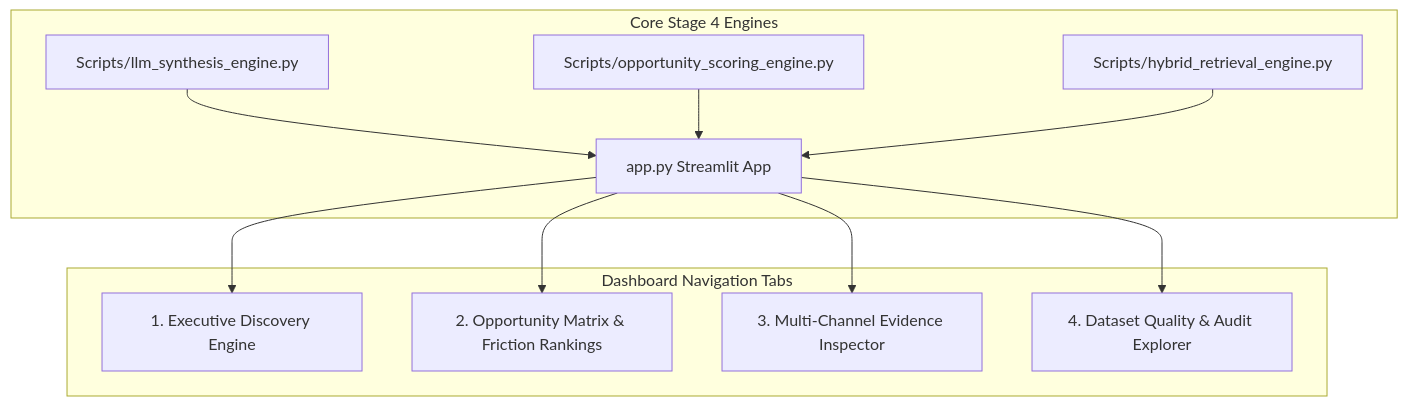
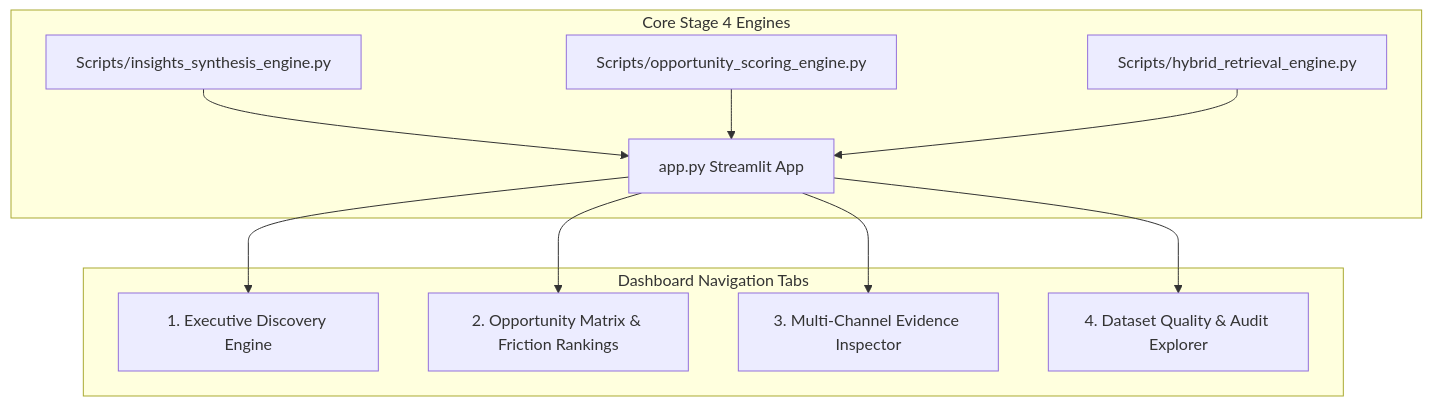
Before and after one commit to pallavi7693-sudo/myntra-ai-discovery-engine: the diagram in docs/Implementation_plan.md, drawn with Mermaid. The commit also changed 6 other files, not shown here.

Commit message:
Update UI subtext to AI-Powered Discovery of Wishlist-to-Purchase Friction and sync synthesis engine

````diff
--- a/docs/Implementation_plan.md
+++ b/docs/Implementation_plan.md
@@ -21,15 +21,15 @@
 ```mermaid
 flowchart TD
     subgraph Core Stage 4 Engines
-        S1[Scripts/llm_synthesis_engine.py] --> APP[app.py Streamlit App]
+        S1[Scripts/insights_synthesis_engine.py] --> APP[app.py Streamlit App]
         O1[Scripts/opportunity_scoring_engine.py] --> APP
         R1[Scripts/hybrid_retrieval_engine.py] --> APP
     end
 
     subgraph Dashboard Navigation Tabs
         APP --> Tab1[1. Executive Discovery Engine]
         APP --> Tab2[2. Opportunity Matrix & Friction Rankings]
         APP --> Tab3[3. Multi-Channel Evidence Inspector]
         APP --> Tab4[4. Dataset Quality & Audit Explorer]
     end
 ```
````
